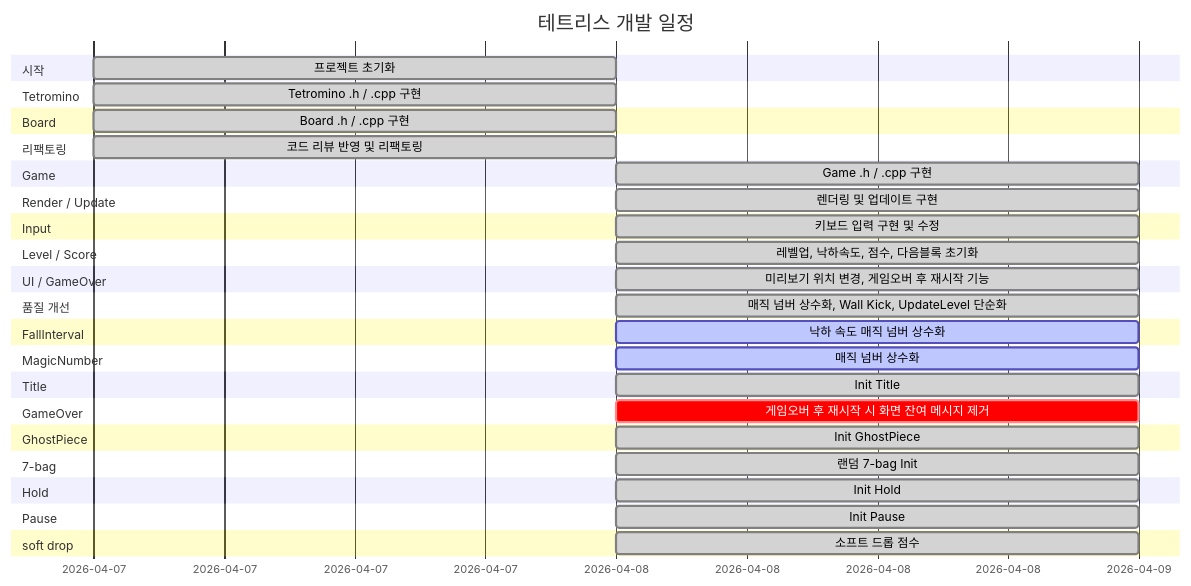
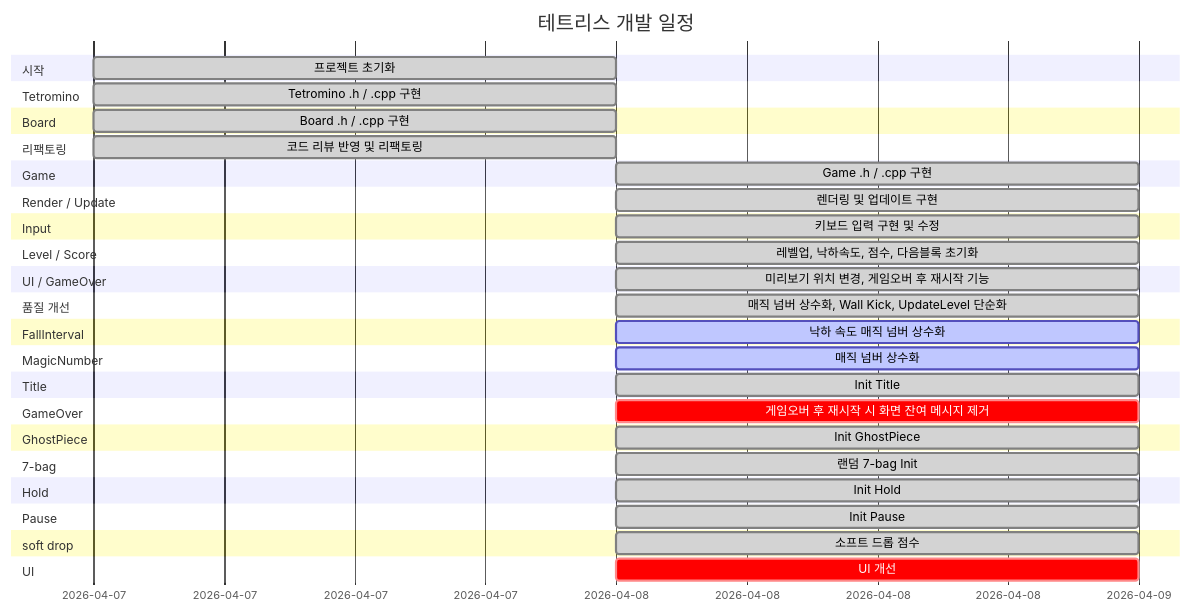
One commit to Chance031/Tetris-cpp changed the diagram in README.md. Above: the diagram before and after it, drawn with Mermaid. The commit also changed other lines of this file, not shown here.

Commit message:
docs: README 자동 업데이트 [skip ci]

````diff
--- a/README.md
+++ b/README.md
@@ -27,43 +27,45 @@
 ```mermaid
 gantt
     title 테트리스 개발 일정
     dateFormat YYYY-MM-DD
     section 시작
         프로젝트 초기화 :done, init, 2026-04-07, 1d
     section Tetromino
         Tetromino .h / .cpp 구현 :done, t16803, 2026-04-07, 1d
     section Board
         Board .h / .cpp 구현 :done, t84048, 2026-04-07, 1d
     section 리팩토링
         코드 리뷰 반영 및 리팩토링 :done, refactor, 2026-04-07, 1d
     section Game
         Game .h / .cpp 구현 :done, t91896, 2026-04-08, 1d
     section Render / Update
         렌더링 및 업데이트 구현 :done, t47867, 2026-04-08, 1d
     section Input
         키보드 입력 구현 및 수정 :done, t8258, 2026-04-08, 1d
     section Level / Score
         레벨업, 낙하속도, 점수, 다음블록 초기화 :done, t44367, 2026-04-08, 1d
     section UI / GameOver
         미리보기 위치 변경, 게임오버 후 재시작 기능 :done, t55123, 2026-04-08, 1d
     section 품질 개선
         매직 넘버 상수화, Wall Kick, UpdateLevel 단순화 :done, t66234, 2026-04-08, 1d
     section FallInterval
         낙하 속도 매직 넘버 상수화 :active, t66782, 2026-04-08, 1d
     section MagicNumber
         매직 넘버 상수화 :active, t23180, 2026-04-08, 1d
     section Title
         Init Title :done, t45140, 2026-04-08, 1d
     section GameOver
         게임오버 후 재시작 시 화면 잔여 메시지 제거 :crit, t96693, 2026-04-08, 1d
     section GhostPiece
         Init GhostPiece :done, t88826, 2026-04-08, 1d
     section 7-bag
         랜덤 7-bag Init :done, t21893, 2026-04-08, 1d
     section Hold
         Init Hold :done, t97044, 2026-04-08, 1d
     section Pause
         Init Pause :done, t97166, 2026-04-08, 1d
     section soft drop
         소프트 드롭 점수 :done, t4875, 2026-04-08, 1d
+    section UI
+        UI 개선 :crit, t85460, 2026-04-08, 1d
 ```
````
